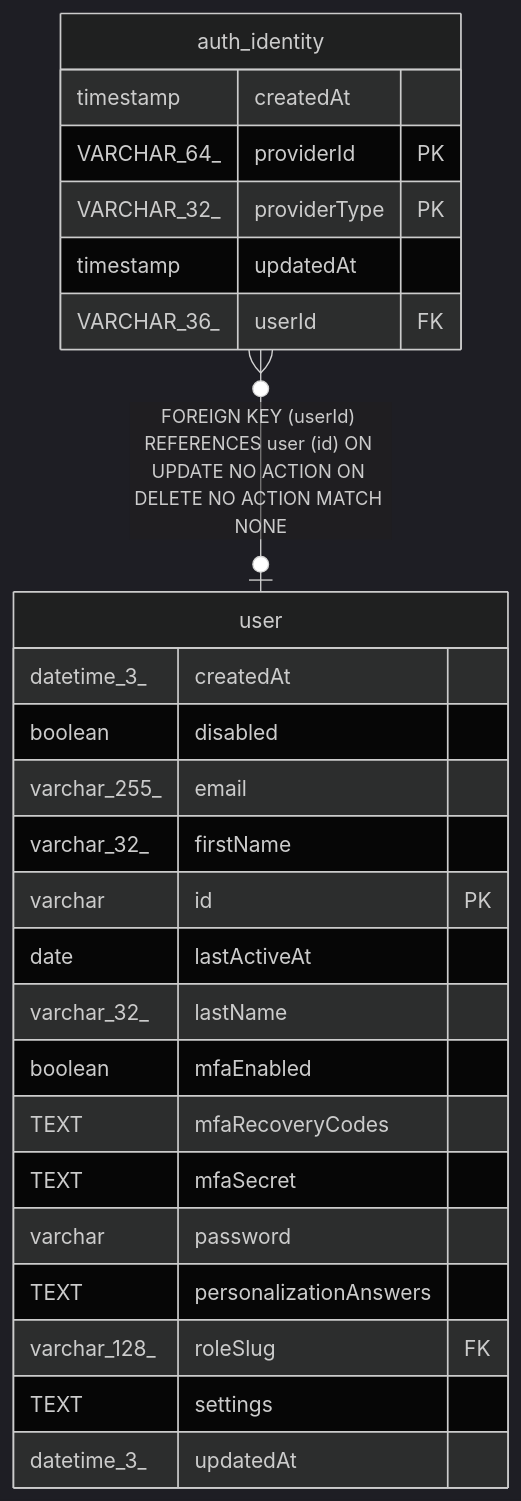
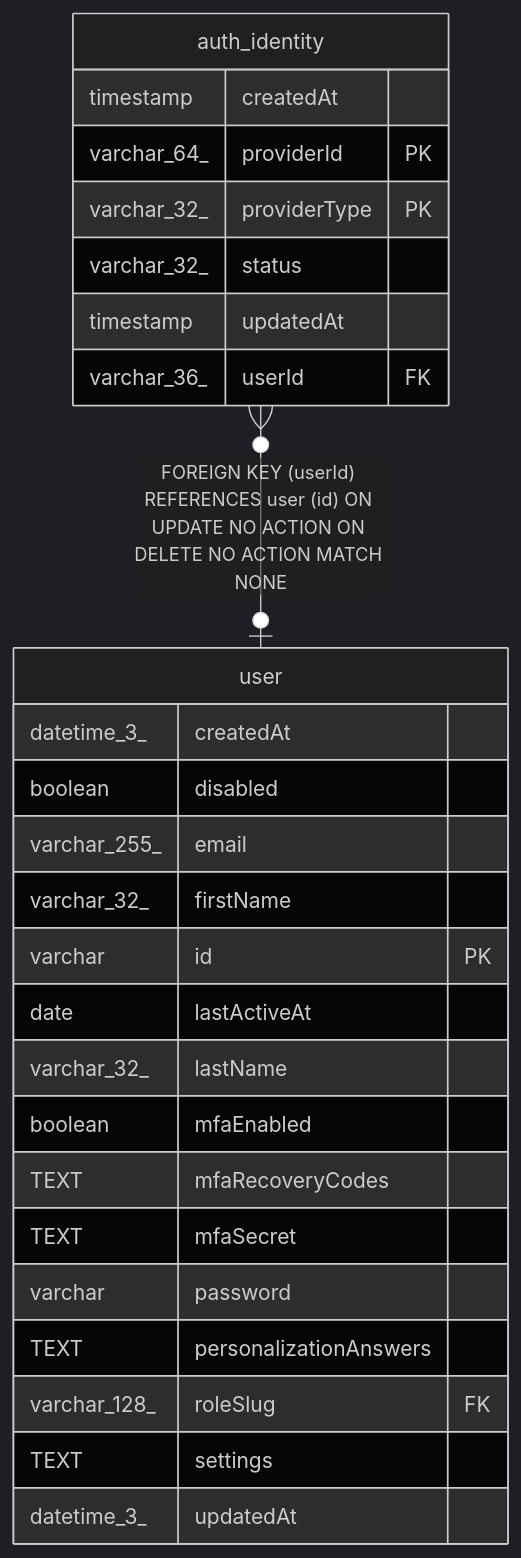
One commit to mayankjain1815-commits/n8n changed the diagram in docs/generated/sqlite-schema/auth_identity.md. Above: the diagram before and after it, drawn with Mermaid (dark theme). The commit also changed other lines of this file and 13 other files, not shown here.

````diff
--- a/docs/generated/sqlite-schema/auth_identity.md
+++ b/docs/generated/sqlite-schema/auth_identity.md
@@ -48,30 +43,31 @@
 ```mermaid
 erDiagram
 
 "auth_identity" }o--o| "user" : "FOREIGN KEY (userId) REFERENCES user (id) ON UPDATE NO ACTION ON DELETE NO ACTION MATCH NONE"
 
 "auth_identity" {
   timestamp createdAt
-  VARCHAR_64_ providerId PK
-  VARCHAR_32_ providerType PK
+  varchar_64_ providerId PK
+  varchar_32_ providerType PK
+  varchar_32_ status
   timestamp updatedAt
-  VARCHAR_36_ userId FK
+  varchar_36_ userId FK
 }
 "user" {
   datetime_3_ createdAt
   boolean disabled
   varchar_255_ email
   varchar_32_ firstName
   varchar id PK
   date lastActiveAt
   varchar_32_ lastName
   boolean mfaEnabled
   TEXT mfaRecoveryCodes
   TEXT mfaSecret
   varchar password
   TEXT personalizationAnswers
   varchar_128_ roleSlug FK
   TEXT settings
   datetime_3_ updatedAt
 }
 ```
````
